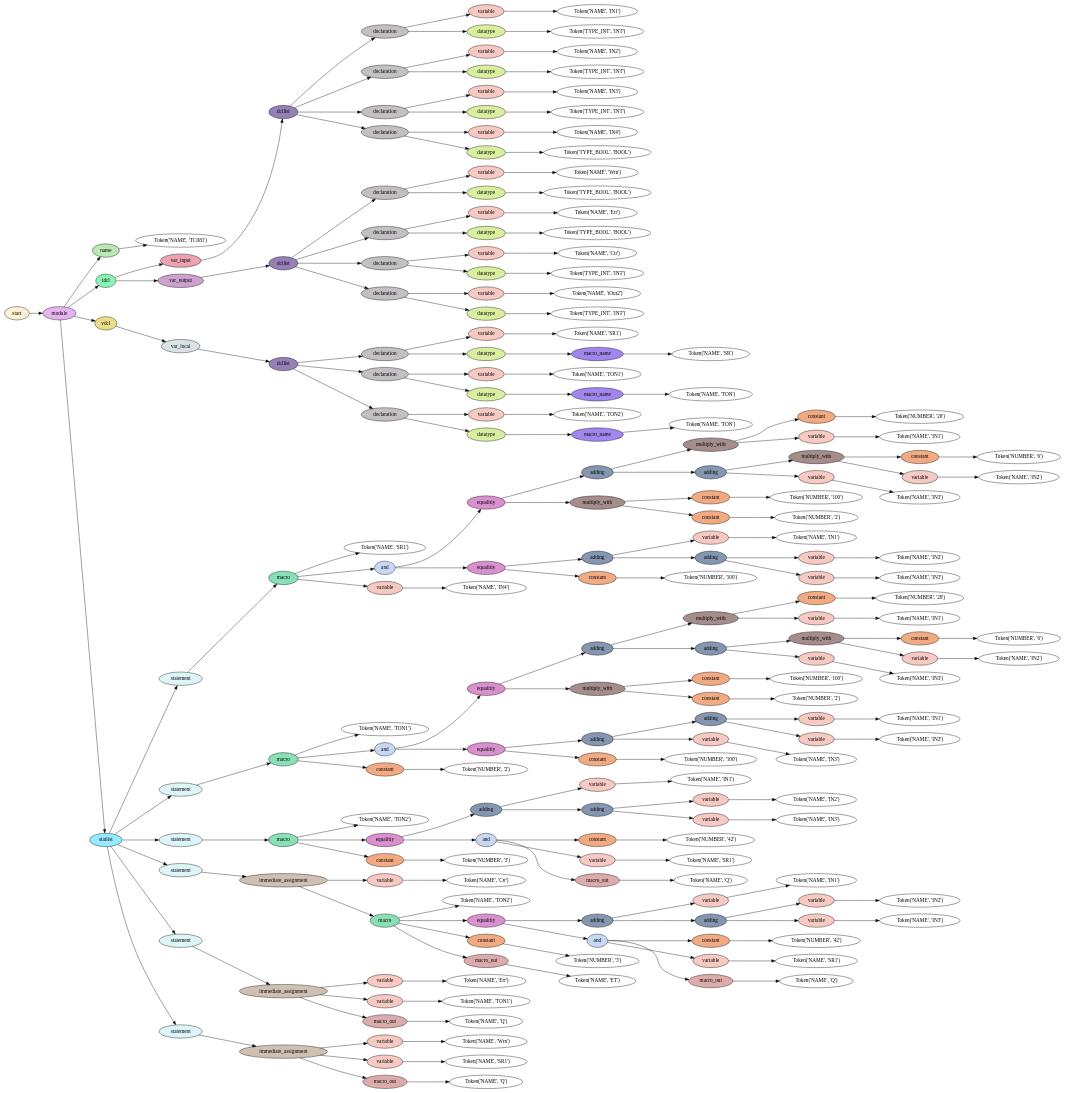
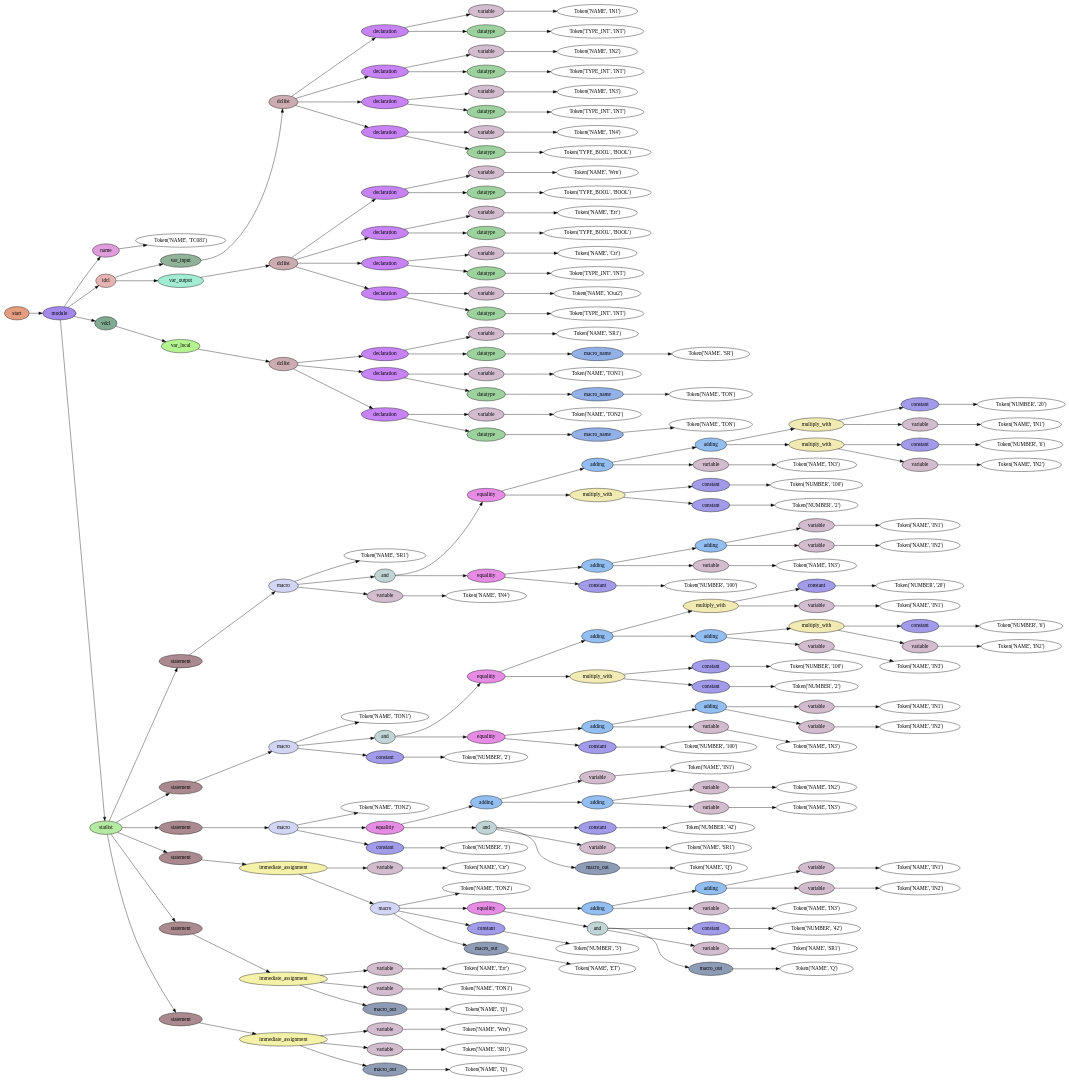
The diagram in exports/tree/dot/TC081.st.dot (marwern/PLCreX), drawn with Graphviz before and after one commit. The commit also changed 13 other files, not shown here.

```diff
--- a/exports/tree/dot/TC081.st.dot
+++ b/exports/tree/dot/TC081.st.dot
@@ -1,418 +1,418 @@
 digraph G {
 rankdir=LR;
 0 [label="Token('NAME', 'TC081')"];
-1 [fillcolor="#bae9b1", label=name, style=filled];
+1 [fillcolor="#e19cdc", label=name, style=filled];
 1 -> 0;
 2 [label="Token('NAME', 'IN1')"];
-3 [fillcolor="#f6c9c3", label=variable, style=filled];
+3 [fillcolor="#d2bcce", label=variable, style=filled];
 3 -> 2;
 4 [label="Token('TYPE_INT', 'INT')"];
-5 [fillcolor="#daee9f", label=datatype, style=filled];
+5 [fillcolor="#9dd29e", label=datatype, style=filled];
 5 -> 4;
-6 [fillcolor="#c4bfc2", label=declaration, style=filled];
+6 [fillcolor="#c783f5", label=declaration, style=filled];
 6 -> 3;
 6 -> 5;
 7 [label="Token('NAME', 'IN2')"];
-8 [fillcolor="#f6c9c3", label=variable, style=filled];
+8 [fillcolor="#d2bcce", label=variable, style=filled];
 8 -> 7;
 9 [label="Token('TYPE_INT', 'INT')"];
-10 [fillcolor="#daee9f", label=datatype, style=filled];
+10 [fillcolor="#9dd29e", label=datatype, style=filled];
 10 -> 9;
-11 [fillcolor="#c4bfc2", label=declaration, style=filled];
+11 [fillcolor="#c783f5", label=declaration, style=filled];
 11 -> 8;
 11 -> 10;
 12 [label="Token('NAME', 'IN3')"];
-13 [fillcolor="#f6c9c3", label=variable, style=filled];
+13 [fillcolor="#d2bcce", label=variable, style=filled];
 13 -> 12;
 14 [label="Token('TYPE_INT', 'INT')"];
-15 [fillcolor="#daee9f", label=datatype, style=filled];
+15 [fillcolor="#9dd29e", label=datatype, style=filled];
 15 -> 14;
-16 [fillcolor="#c4bfc2", label=declaration, style=filled];
+16 [fillcolor="#c783f5", label=declaration, style=filled];
 16 -> 13;
 16 -> 15;
 17 [label="Token('NAME', 'IN4')"];
-18 [fillcolor="#f6c9c3", label=variable, style=filled];
+18 [fillcolor="#d2bcce", label=variable, style=filled];
 18 -> 17;
 19 [label="Token('TYPE_BOOL', 'BOOL')"];
-20 [fillcolor="#daee9f", label=datatype, style=filled];
+20 [fillcolor="#9dd29e", label=datatype, style=filled];
 20 -> 19;
-21 [fillcolor="#c4bfc2", label=declaration, style=filled];
+21 [fillcolor="#c783f5", label=declaration, style=filled];
 21 -> 18;
 21 -> 20;
-22 [fillcolor="#9581b6", label=dcllist, style=filled];
+22 [fillcolor="#ccacb1", label=dcllist, style=filled];
 22 -> 6;
 22 -> 11;
 22 -> 16;
 22 -> 21;
-23 [fillcolor="#eca2b1", label=var_input, style=filled];
+23 [fillcolor="#90b298", label=var_input, style=filled];
 23 -> 22;
 24 [label="Token('NAME', 'Wrn')"];
-25 [fillcolor="#f6c9c3", label=variable, style=filled];
+25 [fillcolor="#d2bcce", label=variable, style=filled];
 25 -> 24;
 26 [label="Token('TYPE_BOOL', 'BOOL')"];
-27 [fillcolor="#daee9f", label=datatype, style=filled];
+27 [fillcolor="#9dd29e", label=datatype, style=filled];
 27 -> 26;
-28 [fillcolor="#c4bfc2", label=declaration, style=filled];
+28 [fillcolor="#c783f5", label=declaration, style=filled];
 28 -> 25;
 28 -> 27;
 29 [label="Token('NAME', 'Err')"];
-30 [fillcolor="#f6c9c3", label=variable, style=filled];
+30 [fillcolor="#d2bcce", label=variable, style=filled];
 30 -> 29;
 31 [label="Token('TYPE_BOOL', 'BOOL')"];
-32 [fillcolor="#daee9f", label=datatype, style=filled];
+32 [fillcolor="#9dd29e", label=datatype, style=filled];
 32 -> 31;
-33 [fillcolor="#c4bfc2", label=declaration, style=filled];
+33 [fillcolor="#c783f5", label=declaration, style=filled];
 33 -> 30;
 33 -> 32;
 34 [label="Token('NAME', 'Ctr')"];
-35 [fillcolor="#f6c9c3", label=variable, style=filled];
+35 [fillcolor="#d2bcce", label=variable, style=filled];
 35 -> 34;
 36 [label="Token('TYPE_INT', 'INT')"];
-37 [fillcolor="#daee9f", label=datatype, style=filled];
+37 [fillcolor="#9dd29e", label=datatype, style=filled];
 37 -> 36;
-38 [fillcolor="#c4bfc2", label=declaration, style=filled];
+38 [fillcolor="#c783f5", label=declaration, style=filled];
 38 -> 35;
 38 -> 37;
 39 [label="Token('NAME', 'iOut2')"];
-40 [fillcolor="#f6c9c3", label=variable, style=filled];
+40 [fillcolor="#d2bcce", label=variable, style=filled];
 40 -> 39;
 41 [label="Token('TYPE_INT', 'INT')"];
-42 [fillcolor="#daee9f", label=datatype, style=filled];
+42 [fillcolor="#9dd29e", label=datatype, style=filled];
 42 -> 41;
-43 [fillcolor="#c4bfc2", label=declaration, style=filled];
+43 [fillcolor="#c783f5", label=declaration, style=filled];
 43 -> 40;
 43 -> 42;
-44 [fillcolor="#9581b6", label=dcllist, style=filled];
+44 [fillcolor="#ccacb1", label=dcllist, style=filled];
 44 -> 28;
 44 -> 33;
 44 -> 38;
 44 -> 43;
-45 [fillcolor="#cda0ce", label=var_output, style=filled];
+45 [fillcolor="#a2ecd3", label=var_output, style=filled];
 45 -> 44;
-46 [fillcolor="#89f5b4", label=idcl, style=filled];
+46 [fillcolor="#e7b3b2", label=idcl, style=filled];
 46 -> 23;
 46 -> 45;
 47 [label="Token('NAME', 'SR1')"];
-48 [fillcolor="#f6c9c3", label=variable, style=filled];
+48 [fillcolor="#d2bcce", label=variable, style=filled];
 48 -> 47;
 49 [label="Token('NAME', 'SR')"];
-50 [fillcolor="#a187ed", label=macro_name, style=filled];
+50 [fillcolor="#93b0e7", label=macro_name, style=filled];
 50 -> 49;
-51 [fillcolor="#daee9f", label=datatype, style=filled];
+51 [fillcolor="#9dd29e", label=datatype, style=filled];
 51 -> 50;
-52 [fillcolor="#c4bfc2", label=declaration, style=filled];
+52 [fillcolor="#c783f5", label=declaration, style=filled];
 52 -> 48;
 52 -> 51;
 53 [label="Token('NAME', 'TON1')"];
-54 [fillcolor="#f6c9c3", label=variable, style=filled];
+54 [fillcolor="#d2bcce", label=variable, style=filled];
 54 -> 53;
 55 [label="Token('NAME', 'TON')"];
-56 [fillcolor="#a187ed", label=macro_name, style=filled];
+56 [fillcolor="#93b0e7", label=macro_name, style=filled];
 56 -> 55;
-57 [fillcolor="#daee9f", label=datatype, style=filled];
+57 [fillcolor="#9dd29e", label=datatype, style=filled];
 57 -> 56;
-58 [fillcolor="#c4bfc2", label=declaration, style=filled];
+58 [fillcolor="#c783f5", label=declaration, style=filled];
 58 -> 54;
 58 -> 57;
 59 [label="Token('NAME', 'TON2')"];
-60 [fillcolor="#f6c9c3", label=variable, style=filled];
+60 [fillcolor="#d2bcce", label=variable, style=filled];
 60 -> 59;
 61 [label="Token('NAME', 'TON')"];
-62 [fillcolor="#a187ed", label=macro_name, style=filled];
+62 [fillcolor="#93b0e7", label=macro_name, style=filled];
 62 -> 61;
-63 [fillcolor="#daee9f", label=datatype, style=filled];
+63 [fillcolor="#9dd29e", label=datatype, style=filled];
 63 -> 62;
-64 [fillcolor="#c4bfc2", label=declaration, style=filled];
+64 [fillcolor="#c783f5", label=declaration, style=filled];
 64 -> 60;
 64 -> 63;
-65 [fillcolor="#9581b6", label=dcllist, style=filled];
+65 [fillcolor="#ccacb1", label=dcllist, style=filled];
 65 -> 52;
 65 -> 58;
 65 -> 64;
-66 [fillcolor="#d9e2e4", label=var_local, style=filled];
+66 [fillcolor="#b3f490", label=var_local, style=filled];
 66 -> 65;
-67 [fillcolor="#eadd89", label=vdcl, style=filled];
+67 [fillcolor="#81aa93", label=vdcl, style=filled];
 67 -> 66;
 68 [label="Token('NAME', 'SR1')"];
 69 [label="Token('NUMBER', '20')"];
-70 [fillcolor="#f2aa83", label=constant, style=filled];
+70 [fillcolor="#a19bea", label=constant, style=filled];
 70 -> 69;
 71 [label="Token('NAME', 'IN1')"];
-72 [fillcolor="#f6c9c3", label=variable, style=filled];
+72 [fillcolor="#d2bcce", label=variable, style=filled];
 72 -> 71;
-73 [fillcolor="#a58d8c", label=multiply_with, style=filled];
+73 [fillcolor="#f1eab3", label=multiply_with, style=filled];
 73 -> 70;
 73 -> 72;
 74 [label="Token('NUMBER', '6')"];
-75 [fillcolor="#f2aa83", label=constant, style=filled];
+75 [fillcolor="#a19bea", label=constant, style=filled];
 75 -> 74;
 76 [label="Token('NAME', 'IN2')"];
-77 [fillcolor="#f6c9c3", label=variable, style=filled];
+77 [fillcolor="#d2bcce", label=variable, style=filled];
 77 -> 76;
-78 [fillcolor="#a58d8c", label=multiply_with, style=filled];
+78 [fillcolor="#f1eab3", label=multiply_with, style=filled];
 78 -> 75;
 78 -> 77;
-79 [label="Token('NAME', 'IN3')"];
-80 [fillcolor="#f6c9c3", label=variable, style=filled];
-80 -> 79;
-81 [fillcolor="#8596b1", label=adding, style=filled];
-81 -> 78;
+79 [fillcolor="#92bef1", label=adding, style=filled];
+79 -> 73;
+79 -> 78;
+80 [label="Token('NAME', 'IN3')"];
+81 [fillcolor="#d2bcce", label=variable, style=filled];
 81 -> 80;
-82 [fillcolor="#8596b1", label=adding, style=filled];
-82 -> 73;
+82 [fillcolor="#92bef1", label=adding, style=filled];
+82 -> 79;
 82 -> 81;
 83 [label="Token('NUMBER', '100')"];
-84 [fillcolor="#f2aa83", label=constant, style=filled];
+84 [fillcolor="#a19bea", label=constant, style=filled];
 84 -> 83;
 85 [label="Token('NUMBER', '2')"];
-86 [fillcolor="#f2aa83", label=constant, style=filled];
+86 [fillcolor="#a19bea", label=constant, style=filled];
 86 -> 85;
-87 [fillcolor="#a58d8c", label=multiply_with, style=filled];
+87 [fillcolor="#f1eab3", label=multiply_with, style=filled];
 87 -> 84;
 87 -> 86;
-88 [fillcolor="#d990cf", label=equalitiy, style=filled];
+88 [fillcolor="#e78ce5", label=equalitiy, style=filled];
 88 -> 82;
 88 -> 87;
 89 [label="Token('NAME', 'IN1')"];
-90 [fillcolor="#f6c9c3", label=variable, style=filled];
+90 [fillcolor="#d2bcce", label=variable, style=filled];
 90 -> 89;
 91 [label="Token('NAME', 'IN2')"];
-92 [fillcolor="#f6c9c3", label=variable, style=filled];
+92 [fillcolor="#d2bcce", label=variable, style=filled];
 92 -> 91;
-93 [label="Token('NAME', 'IN3')"];
-94 [fillcolor="#f6c9c3", label=variable, style=filled];
-94 -> 93;
-95 [fillcolor="#8596b1", label=adding, style=filled];
-95 -> 92;
+93 [fillcolor="#92bef1", label=adding, style=filled];
+93 -> 90;
+93 -> 92;
+94 [label="Token('NAME', 'IN3')"];
+95 [fillcolor="#d2bcce", label=variable, style=filled];
 95 -> 94;
-96 [fillcolor="#8596b1", label=adding, style=filled];
-96 -> 90;
+96 [fillcolor="#92bef1", label=adding, style=filled];
+96 -> 93;
 96 -> 95;
 97 [label="Token('NUMBER', '100')"];
-98 [fillcolor="#f2aa83", label=constant, style=filled];
+98 [fillcolor="#a19bea", label=constant, style=filled];
 98 -> 97;
-99 [fillcolor="#d990cf", label=equalitiy, style=filled];
+99 [fillcolor="#e78ce5", label=equalitiy, style=filled];
 99 -> 96;
 99 -> 98;
-100 [fillcolor="#c6d8f4", label=and, style=filled];
+100 [fillcolor="#c1d5d6", label=and, style=filled];
 100 -> 88;
 100 -> 99;
 101 [label="Token('NAME', 'IN4')"];
-102 [fillcolor="#f6c9c3", label=variable, style=filled];
+102 [fillcolor="#d2bcce", label=variable, style=filled];
 102 -> 101;
-103 [fillcolor="#89e0b7", label=macro, style=filled];
+103 [fillcolor="#d3d5f5", label=macro, style=filled];
 103 -> 68;
 103 -> 100;
 103 -> 102;
-104 [fillcolor="#ddf5f7", label=statement, style=filled];
+104 [fillcolor="#ab8a8f", label=statement, style=filled];
 104 -> 103;
 105 [label="Token('NAME', 'TON1')"];
 106 [label="Token('NUMBER', '20')"];
-107 [fillcolor="#f2aa83", label=constant, style=filled];
+107 [fillcolor="#a19bea", label=constant, style=filled];
 107 -> 106;
 108 [label="Token('NAME', 'IN1')"];
-109 [fillcolor="#f6c9c3", label=variable, style=filled];
+109 [fillcolor="#d2bcce", label=variable, style=filled];
 109 -> 108;
-110 [fillcolor="#a58d8c", label=multiply_with, style=filled];
+110 [fillcolor="#f1eab3", label=multiply_with, style=filled];
 110 -> 107;
 110 -> 109;
 111 [label="Token('NUMBER', '6')"];
-112 [fillcolor="#f2aa83", label=constant, style=filled];
+112 [fillcolor="#a19bea", label=constant, style=filled];
 112 -> 111;
 113 [label="Token('NAME', 'IN2')"];
-114 [fillcolor="#f6c9c3", label=variable, style=filled];
+114 [fillcolor="#d2bcce", label=variable, style=filled];
 114 -> 113;
-115 [fillcolor="#a58d8c", label=multiply_with, style=filled];
+115 [fillcolor="#f1eab3", label=multiply_with, style=filled];
 115 -> 112;
 115 -> 114;
 116 [label="Token('NAME', 'IN3')"];
-117 [fillcolor="#f6c9c3", label=variable, style=filled];
+117 [fillcolor="#d2bcce", label=variable, style=filled];
 117 -> 116;
-118 [fillcolor="#8596b1", label=adding, style=filled];
+118 [fillcolor="#92bef1", label=adding, style=filled];
 118 -> 115;
 118 -> 117;
-119 [fillcolor="#8596b1", label=adding, style=filled];
+119 [fillcolor="#92bef1", label=adding, style=filled];
 119 -> 110;
 119 -> 118;
 120 [label="Token('NUMBER', '100')"];
-121 [fillcolor="#f2aa83", label=constant, style=filled];
+121 [fillcolor="#a19bea", label=constant, style=filled];
 121 -> 120;
 122 [label="Token('NUMBER', '2')"];
-123 [fillcolor="#f2aa83", label=constant, style=filled];
+123 [fillcolor="#a19bea", label=constant, style=filled];
 123 -> 122;
-124 [fillcolor="#a58d8c", label=multiply_with, style=filled];
+124 [fillcolor="#f1eab3", label=multiply_with, style=filled];
 124 -> 121;
 124 -> 123;
-125 [fillcolor="#d990cf", label=equalitiy, style=filled];
+125 [fillcolor="#e78ce5", label=equalitiy, style=filled];
 125 -> 119;
 125 -> 124;
 126 [label="Token('NAME', 'IN1')"];
-127 [fillcolor="#f6c9c3", label=variable, style=filled];
+127 [fillcolor="#d2bcce", label=variable, style=filled];
 127 -> 126;
 128 [label="Token('NAME', 'IN2')"];
-129 [fillcolor="#f6c9c3", label=variable, style=filled];
+129 [fillcolor="#d2bcce", label=variable, style=filled];
 129 -> 128;
-130 [fillcolor="#8596b1", label=adding, style=filled];
+130 [fillcolor="#92bef1", label=adding, style=filled];
 130 -> 127;
 130 -> 129;
 131 [label="Token('NAME', 'IN3')"];
-132 [fillcolor="#f6c9c3", label=variable, style=filled];
+132 [fillcolor="#d2bcce", label=variable, style=filled];
 132 -> 131;
-133 [fillcolor="#8596b1", label=adding, style=filled];
+133 [fillcolor="#92bef1", label=adding, style=filled];
 133 -> 130;
 133 -> 132;
 134 [label="Token('NUMBER', '100')"];
-135 [fillcolor="#f2aa83", label=constant, style=filled];
+135 [fillcolor="#a19bea", label=constant, style=filled];
 135 -> 134;
-136 [fillcolor="#d990cf", label=equalitiy, style=filled];
+136 [fillcolor="#e78ce5", label=equalitiy, style=filled];
 136 -> 133;
 136 -> 135;
-137 [fillcolor="#c6d8f4", label=and, style=filled];
+137 [fillcolor="#c1d5d6", label=and, style=filled];
 137 -> 125;
 137 -> 136;
 138 [label="Token('NUMBER', '2')"];
-139 [fillcolor="#f2aa83", label=constant, style=filled];
+139 [fillcolor="#a19bea", label=constant, style=filled];
 139 -> 138;
-140 [fillcolor="#89e0b7", label=macro, style=filled];
+140 [fillcolor="#d3d5f5", label=macro, style=filled];
 140 -> 105;
 140 -> 137;
 140 -> 139;
-141 [fillcolor="#ddf5f7", label=statement, style=filled];
+141 [fillcolor="#ab8a8f", label=statement, style=filled];
 141 -> 140;
 142 [label="Token('NAME', 'TON2')"];
 143 [label="Token('NAME', 'IN1')"];
-144 [fillcolor="#f6c9c3", label=variable, style=filled];
+144 [fillcolor="#d2bcce", label=variable, style=filled];
 144 -> 143;
 145 [label="Token('NAME', 'IN2')"];
-146 [fillcolor="#f6c9c3", label=variable, style=filled];
+146 [fillcolor="#d2bcce", label=variable, style=filled];
 146 -> 145;
 147 [label="Token('NAME', 'IN3')"];
-148 [fillcolor="#f6c9c3", label=variable, style=filled];
+148 [fillcolor="#d2bcce", label=variable, style=filled];
 148 -> 147;
-149 [fillcolor="#8596b1", label=adding, style=filled];
+149 [fillcolor="#92bef1", label=adding, style=filled];
 149 -> 146;
 149 -> 148;
-150 [fillcolor="#8596b1", label=adding, style=filled];
+150 [fillcolor="#92bef1", label=adding, style=filled];
 150 -> 144;
 150 -> 149;
 151 [label="Token('NUMBER', '42')"];
-152 [fillcolor="#f2aa83", label=constant, style=filled];
+152 [fillcolor="#a19bea", label=constant, style=filled];
 152 -> 151;
 153 [label="Token('NAME', 'SR1')"];
-154 [fillcolor="#f6c9c3", label=variable, style=filled];
+154 [fillcolor="#d2bcce", label=variable, style=filled];
 154 -> 153;
 155 [label="Token('NAME', 'Q')"];
-156 [fillcolor="#dcacad", label=macro_out, style=filled];
+156 [fillcolor="#8e9bb5", label=macro_out, style=filled];
 156 -> 155;
-157 [fillcolor="#c6d8f4", label=and, style=filled];
+157 [fillcolor="#c1d5d6", label=and, style=filled];
 157 -> 152;
 157 -> 154;
 157 -> 156;
-158 [fillcolor="#d990cf", label=equalitiy, style=filled];
+158 [fillcolor="#e78ce5", label=equalitiy, style=filled];
 158 -> 150;
 158 -> 157;
 159 [label="Token('NUMBER', '3')"];
-160 [fillcolor="#f2aa83", label=constant, style=filled];
+160 [fillcolor="#a19bea", label=constant, style=filled];
 160 -> 159;
-161 [fillcolor="#89e0b7", label=macro, style=filled];
+161 [fillcolor="#d3d5f5", label=macro, style=filled];
 161 -> 142;
 161 -> 158;
 161 -> 160;
-162 [fillcolor="#ddf5f7", label=statement, style=filled];
+162 [fillcolor="#ab8a8f", label=statement, style=filled];
 162 -> 161;
 163 [label="Token('NAME', 'Ctr')"];
-164 [fillcolor="#f6c9c3", label=variable, style=filled];
+164 [fillcolor="#d2bcce", label=variable, style=filled];
 164 -> 163;
 165 [label="Token('NAME', 'TON2')"];
 166 [label="Token('NAME', 'IN1')"];
-167 [fillcolor="#f6c9c3", label=variable, style=filled];
+167 [fillcolor="#d2bcce", label=variable, style=filled];
 167 -> 166;
 168 [label="Token('NAME', 'IN2')"];
-169 [fillcolor="#f6c9c3", label=variable, style=filled];
+169 [fillcolor="#d2bcce", label=variable, style=filled];
 169 -> 168;
-170 [label="Token('NAME', 'IN3')"];
-171 [fillcolor="#f6c9c3", label=variable, style=filled];
-171 -> 170;
-172 [fillcolor="#8596b1", label=adding, style=filled];
-172 -> 169;
+170 [fillcolor="#92bef1", label=adding, style=filled];
+170 -> 167;
+170 -> 169;
+171 [label="Token('NAME', 'IN3')"];
+172 [fillcolor="#d2bcce", label=variable, style=filled];
 172 -> 171;
-173 [fillcolor="#8596b1", label=adding, style=filled];
-173 -> 167;
+173 [fillcolor="#92bef1", label=adding, style=filled];
+173 -> 170;
 173 -> 172;
 174 [label="Token('NUMBER', '42')"];
-175 [fillcolor="#f2aa83", label=constant, style=filled];
+175 [fillcolor="#a19bea", label=constant, style=filled];
 175 -> 174;
 176 [label="Token('NAME', 'SR1')"];
-177 [fillcolor="#f6c9c3", label=variable, style=filled];
+177 [fillcolor="#d2bcce", label=variable, style=filled];
 177 -> 176;
 178 [label="Token('NAME', 'Q')"];
-179 [fillcolor="#dcacad", label=macro_out, style=filled];
+179 [fillcolor="#8e9bb5", label=macro_out, style=filled];
 179 -> 178;
-180 [fillcolor="#c6d8f4", label=and, style=filled];
+180 [fillcolor="#c1d5d6", label=and, style=filled];
 180 -> 175;
 180 -> 177;
 180 -> 179;
-181 [fillcolor="#d990cf", label=equalitiy, style=filled];
+181 [fillcolor="#e78ce5", label=equalitiy, style=filled];
 181 -> 173;
 181 -> 180;
 182 [label="Token('NUMBER', '3')"];
-183 [fillcolor="#f2aa83", label=constant, style=filled];
+183 [fillcolor="#a19bea", label=constant, style=filled];
 183 -> 182;
 184 [label="Token('NAME', 'ET')"];
-185 [fillcolor="#dcacad", label=macro_out, style=filled];
+185 [fillcolor="#8e9bb5", label=macro_out, style=filled];
 185 -> 184;
-186 [fillcolor="#89e0b7", label=macro, style=filled];
+186 [fillcolor="#d3d5f5", label=macro, style=filled];
 186 -> 165;
 186 -> 181;
 186 -> 183;
 186 -> 185;
-187 [fillcolor="#cfc0b2", label=immediate_assignment, style=filled];
+187 [fillcolor="#f4f1a9", label=immediate_assignment, style=filled];
 187 -> 164;
 187 -> 186;
-188 [fillcolor="#ddf5f7", label=statement, style=filled];
+188 [fillcolor="#ab8a8f", label=statement, style=filled];
 188 -> 187;
 189 [label="Token('NAME', 'Err')"];
-190 [fillcolor="#f6c9c3", label=variable, style=filled];
+190 [fillcolor="#d2bcce", label=variable, style=filled];
 190 -> 189;
 191 [label="Token('NAME', 'TON1')"];
-192 [fillcolor="#f6c9c3", label=variable, style=filled];
+192 [fillcolor="#d2bcce", label=variable, style=filled];
 192 -> 191;
 193 [label="Token('NAME', 'Q')"];
-194 [fillcolor="#dcacad", label=macro_out, style=filled];
+194 [fillcolor="#8e9bb5", label=macro_out, style=filled];
 194 -> 193;
-195 [fillcolor="#cfc0b2", label=immediate_assignment, style=filled];
+195 [fillcolor="#f4f1a9", label=immediate_assignment, style=filled];
 195 -> 190;
 195 -> 192;
 195 -> 194;
-196 [fillcolor="#ddf5f7", label=statement, style=filled];
+196 [fillcolor="#ab8a8f", label=statement, style=filled];
 196 -> 195;
 197 [label="Token('NAME', 'Wrn')"];
-198 [fillcolor="#f6c9c3", label=variable, style=filled];
+198 [fillcolor="#d2bcce", label=variable, style=filled];
 198 -> 197;
 199 [label="Token('NAME', 'SR1')"];
-200 [fillcolor="#f6c9c3", label=variable, style=filled];
+200 [fillcolor="#d2bcce", label=variable, style=filled];
 200 -> 199;
 201 [label="Token('NAME', 'Q')"];
-202 [fillcolor="#dcacad", label=macro_out, style=filled];
+202 [fillcolor="#8e9bb5", label=macro_out, style=filled];
 202 -> 201;
-203 [fillcolor="#cfc0b2", label=immediate_assignment, style=filled];
+203 [fillcolor="#f4f1a9", label=immediate_assignment, style=filled];
 203 -> 198;
 203 -> 200;
 203 -> 202;
-204 [fillcolor="#ddf5f7", label=statement, style=filled];
+204 [fillcolor="#ab8a8f", label=statement, style=filled];
 204 -> 203;
-205 [fillcolor="#95ebff", label=statlist, style=filled];
+205 [fillcolor="#b5eaa3", label=statlist, style=filled];
 205 -> 104;
 205 -> 141;
 205 -> 162;
 205 -> 188;
 205 -> 196;
 205 -> 204;
-206 [fillcolor="#e4b4ee", label=module, style=filled];
+206 [fillcolor="#a488ec", label=module, style=filled];
 206 -> 1;
 206 -> 46;
 206 -> 67;
 206 -> 205;
-207 [fillcolor="#fef0d7", label=start, style=filled];
+207 [fillcolor="#e59d80", label=start, style=filled];
 207 -> 206;
 }
```
